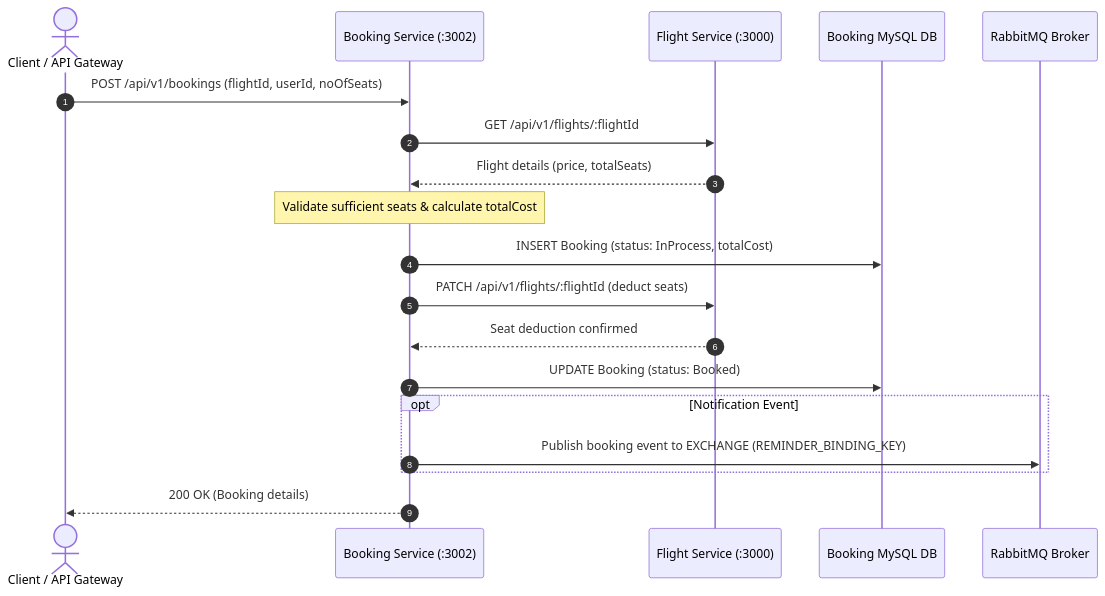
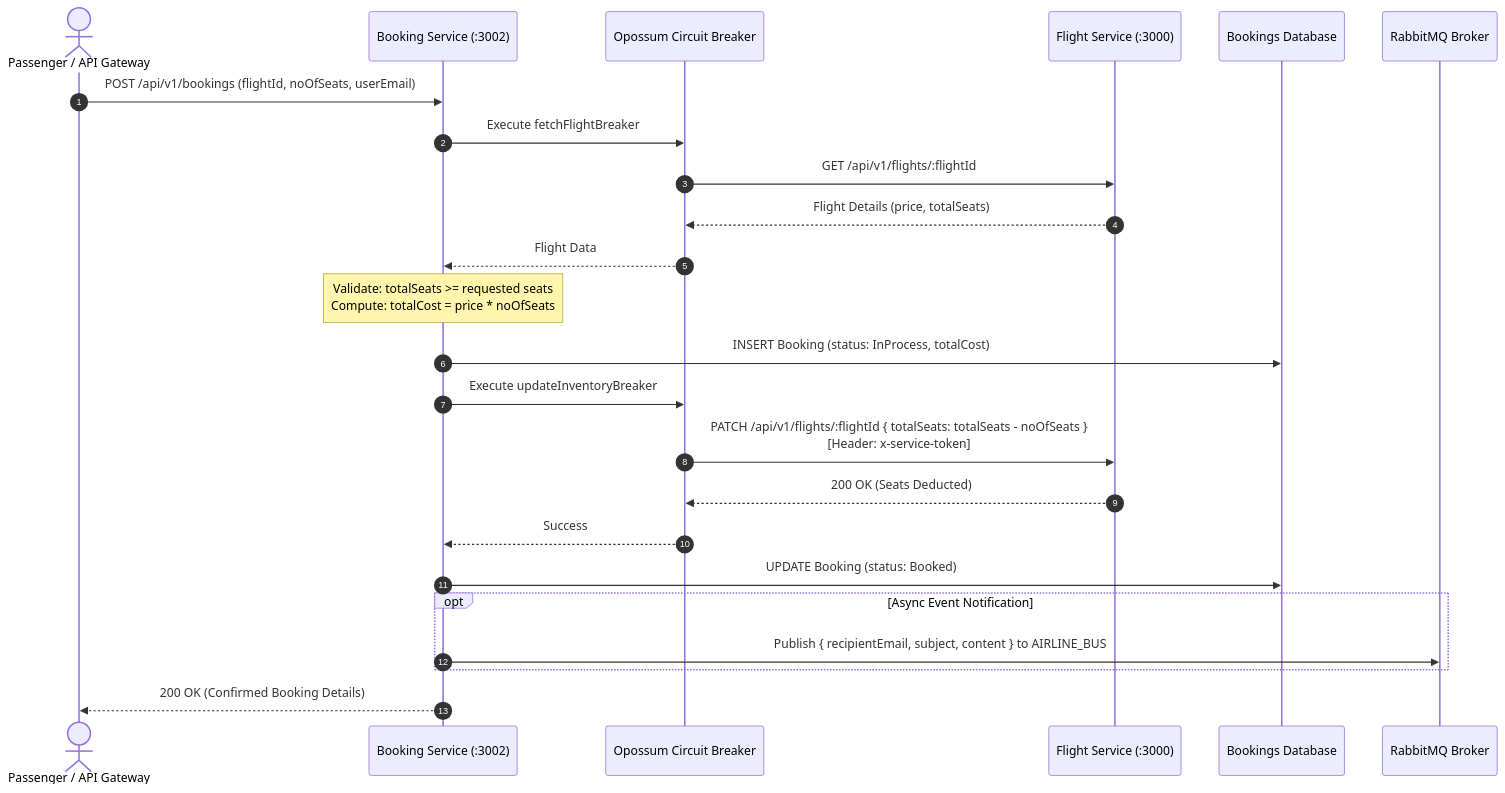
One commit to kushGupta-15/Airline_Booking_Service changed the second of 4 diagrams in README.md. Above: the diagram before and after it, drawn with Mermaid. The commit also changed other lines of this file, not shown here.

Commit message:
Update documentation: add comprehensive README and mermaid architecture

````diff
--- a/README.md
+++ b/README.md
@@ -10,22 +79,27 @@
 ```mermaid
 sequenceDiagram
     autonumber
-    actor Client as Client / API Gateway
+    actor Client as Passenger / API Gateway
     participant BS as Booking Service (:3002)
+    participant CB as Opossum Circuit Breaker
     participant FS as Flight Service (:3000)
-    participant DB as Booking MySQL DB
+    participant DB as Bookings Database
     participant MQ as RabbitMQ Broker
 
-    Client->>BS: POST /api/v1/bookings (flightId, userId, noOfSeats)
-    BS->>FS: GET /api/v1/flights/:flightId
-    FS-->>BS: Flight details (price, totalSeats)
-    Note over BS: Validate sufficient seats & calculate totalCost
+    Client->>BS: POST /api/v1/bookings (flightId, noOfSeats, userEmail)
+    BS->>CB: Execute fetchFlightBreaker
+    CB->>FS: GET /api/v1/flights/:flightId
+    FS-->>CB: Flight Details (price, totalSeats)
+    CB-->>BS: Flight Data
+    Note over BS: Validate: totalSeats >= requested seats<br/>Compute: totalCost = price * noOfSeats
     BS->>DB: INSERT Booking (status: InProcess, totalCost)
-    BS->>FS: PATCH /api/v1/flights/:flightId (deduct seats)
-    FS-->>BS: Seat deduction confirmed
+    BS->>CB: Execute updateInventoryBreaker
+    CB->>FS: PATCH /api/v1/flights/:flightId { totalSeats: totalSeats - noOfSeats }<br/>[Header: x-service-token]
+    FS-->>CB: 200 OK (Seats Deducted)
+    CB-->>BS: Success
     BS->>DB: UPDATE Booking (status: Booked)
-    opt Notification Event
-        BS->>MQ: Publish booking event to EXCHANGE (REMINDER_BINDING_KEY)
+    opt Async Event Notification
+        BS->>MQ: Publish { recipientEmail, subject, content } to AIRLINE_BUS
     end
-    BS-->>Client: 200 OK (Booking details)
+    BS-->>Client: 200 OK (Confirmed Booking Details)
 ```
````
